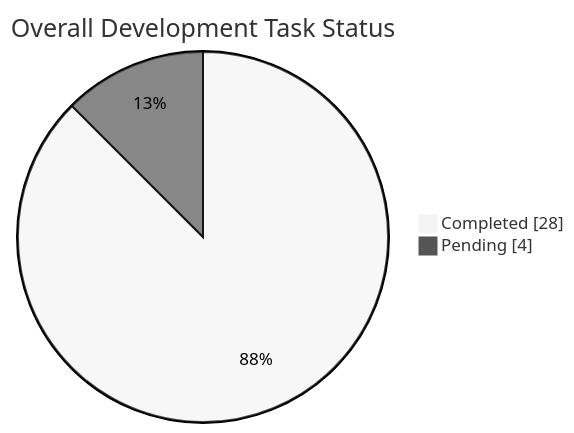
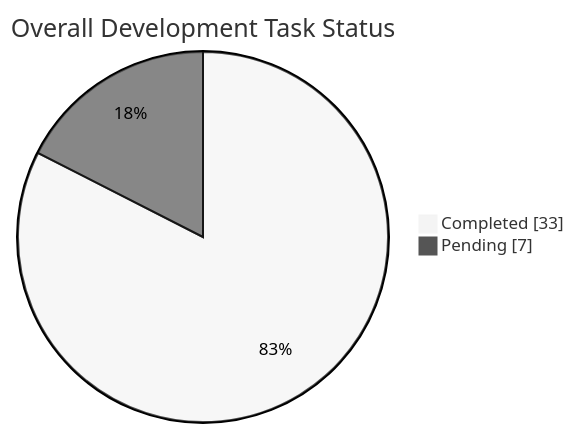
The first of 2 diagrams in Global_Summary.md (Realityspeaker/My-Work-Diary), drawn with Mermaid (neutral theme) before and after one commit. The commit also changed other lines of this file, not shown here.

````diff
--- a/Global_Summary.md
+++ b/Global_Summary.md
@@ -26,6 +27,6 @@
 ```mermaid
 pie showData
     title Overall Development Task Status
-    "Completed" : 28
-    "Pending" : 4
+    "Completed" : 33
+    "Pending" : 7
 ```
````
